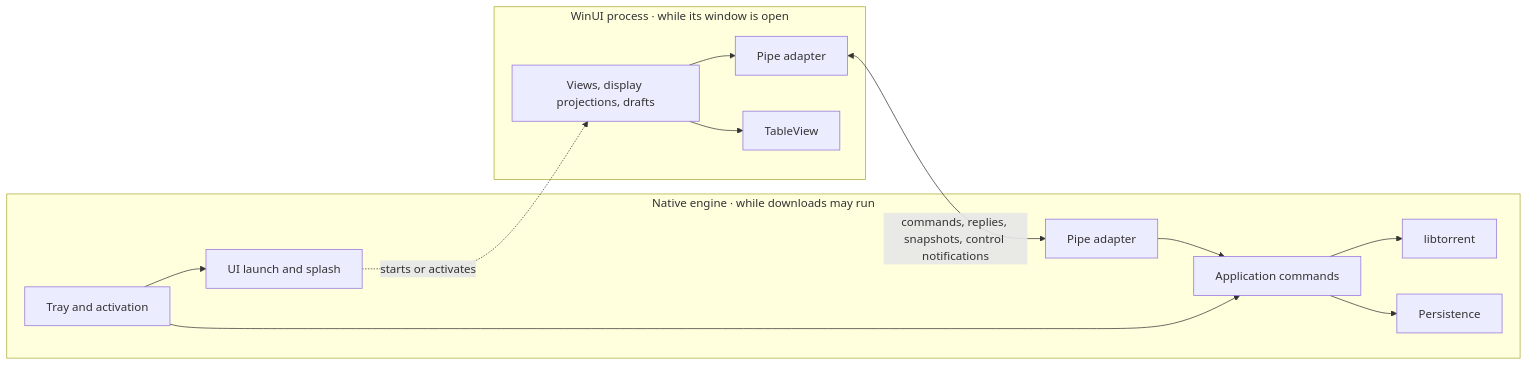
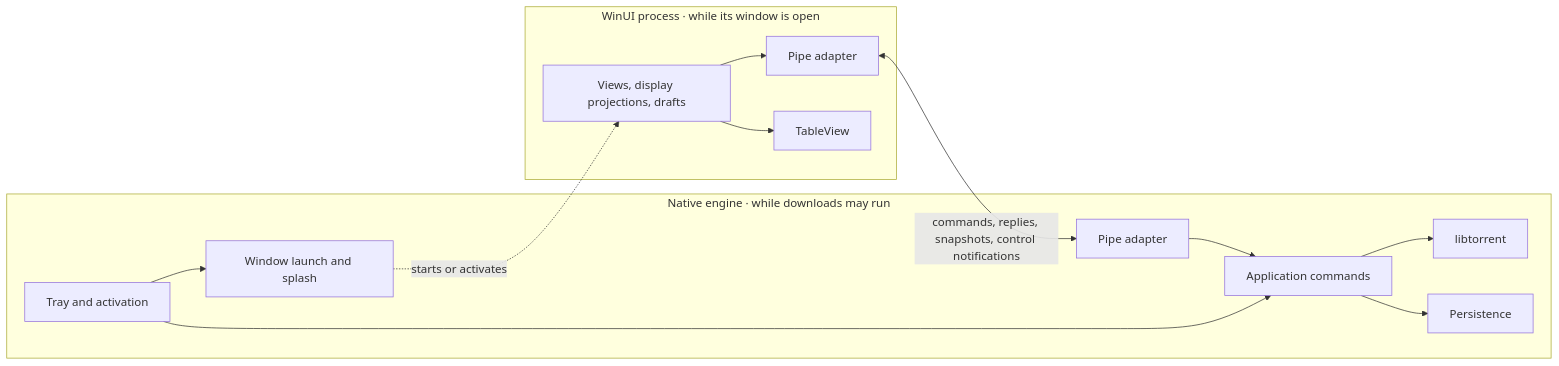
One commit to SynoSoftware/TinyTorrent2 changed the first of 2 diagrams in docs/architecture.md. Above: the diagram before and after it, drawn with Mermaid. The commit also changed other lines of this file and 260 other files, not shown here.

````diff
--- a/docs/architecture.md
+++ b/docs/architecture.md
@@ -80,16 +80,16 @@
 ```mermaid
 flowchart LR
     subgraph UI["WinUI process · while its window is open"]
         Views["Views, display projections, drafts"] --> Client["Pipe adapter"]
         Views --> Table["TableView"]
     end
     Client <-->|"commands, replies, snapshots, control notifications"| Pipe
     subgraph Engine["Native engine · while downloads may run"]
         Pipe["Pipe adapter"] --> Commands["Application commands"]
         Tray["Tray and activation"] --> Commands
         Commands --> Torrents["libtorrent"]
         Commands --> Saved["Persistence"]
-        Tray --> Launch["UI launch and splash"]
+        Tray --> Launch["Window launch and splash"]
     end
     Launch -.->|"starts or activates"| Views
 ```
````
